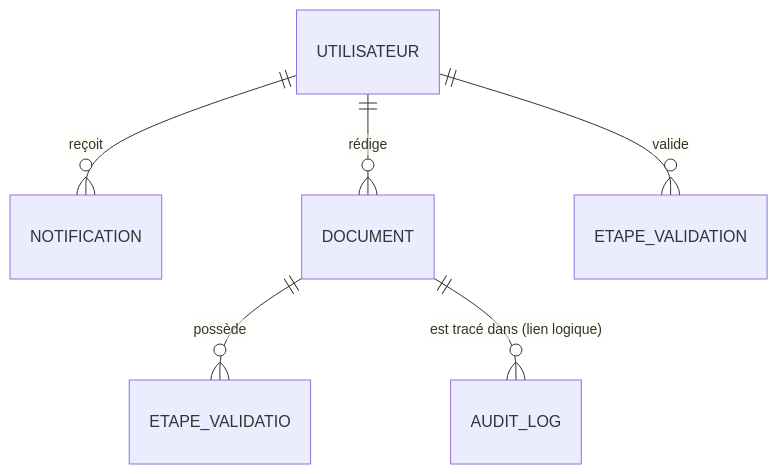
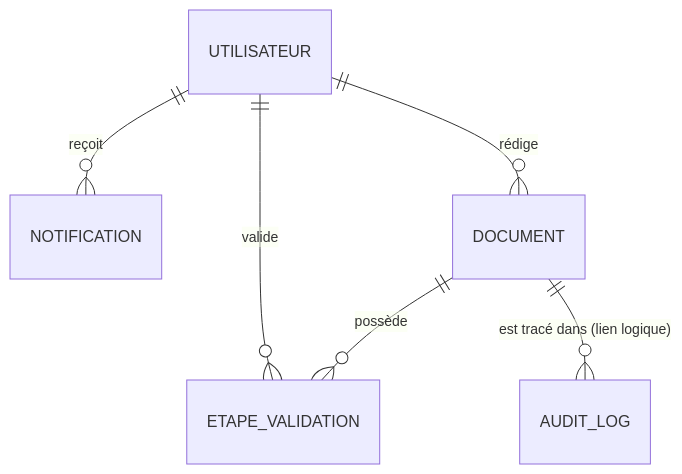
The diagram in docs/MCD.md (chaimaeyakouti/Automatisation-Processus-Documentaires), drawn with Mermaid before and after one commit.

````diff
--- a/docs/MCD.md
+++ b/docs/MCD.md
@@ -1,9 +1,9 @@
 ```mermaid
 erDiagram
     UTILISATEUR ||--o{ NOTIFICATION : reçoit
     UTILISATEUR ||--o{ DOCUMENT : rédige
     UTILISATEUR ||--o{ ETAPE_VALIDATION : valide
-    DOCUMENT ||--o{ ETAPE_VALIDATIO : possède
+    DOCUMENT ||--o{ ETAPE_VALIDATION : possède
     DOCUMENT ||--o{ AUDIT_LOG : "est tracé dans (lien logique)"
 
 ```
````
